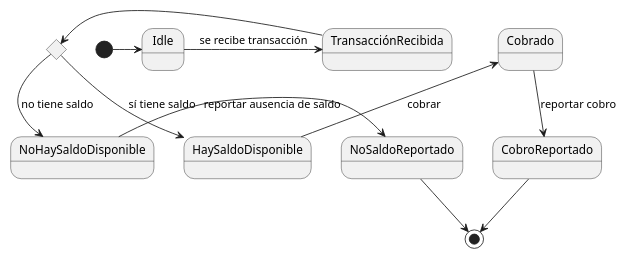
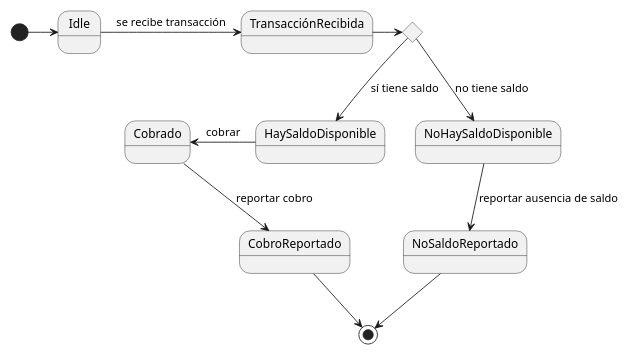
Before and after one commit to atp-ariel/Cine-: the diagram in doc/Informe/chapters/diagram/pasarela.puml, drawn with PlantUML.

```diff
--- a/doc/Informe/chapters/diagram/pasarela.puml
+++ b/doc/Informe/chapters/diagram/pasarela.puml
@@ -1,22 +1,22 @@
 @startuml
 scale 600 width
 
 [*] -right-> Idle
 state TransacciónRecibida <<sldreceiver>>
 
 Idle -right-> TransacciónRecibida : se recibe transacción 
 
 state Branch <<choice>>
 
 TransacciónRecibida -right-> Branch
 
 Branch -down-> HaySaldoDisponible : sí tiene saldo
 Branch -down-> NoHaySaldoDisponible : no tiene saldo
 
 HaySaldoDisponible -left-> Cobrado : cobrar
 Cobrado -down-> CobroReportado : reportar cobro
 CobroReportado -down-> [*]
 
-NoHaySaldoDisponible -right-> NoSaldoReportado : reportar ausencia de saldo
+NoHaySaldoDisponible -down-> NoSaldoReportado : reportar ausencia de saldo
 NoSaldoReportado -down-> [*]
 @enduml
```
